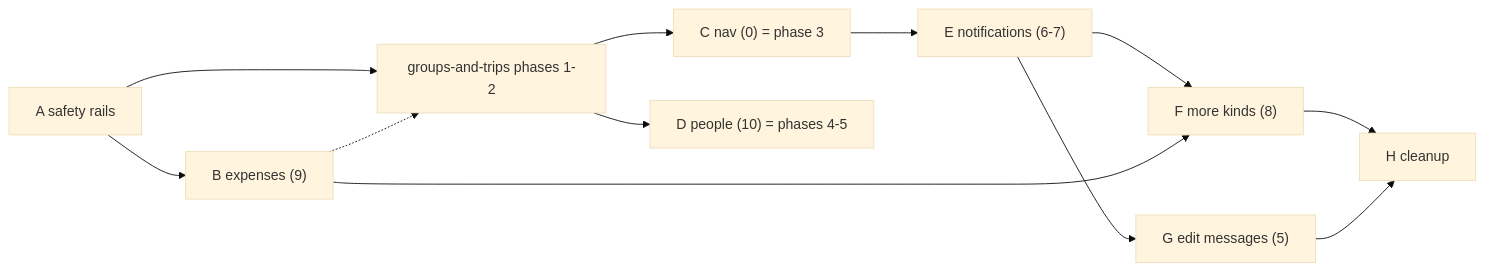
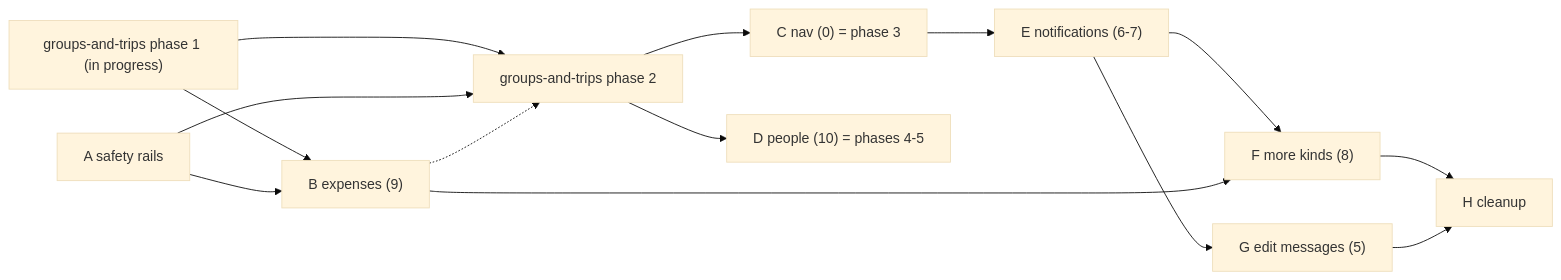
The third of 3 diagrams in docs/roadmap.md (idodjeen/camping), drawn with Mermaid (base theme) before and after one commit. The commit also changed other lines of this file, not shown here.

First line of the commit message:
Order expenses after groups-and-trips phase 1 in the roadmap [no-popup]

````diff
--- a/docs/roadmap.md
+++ b/docs/roadmap.md
@@ -633,14 +637,16 @@
 ```mermaid
 flowchart LR
-  A["A safety rails"] --> B["B expenses (9)"]
-  A --> P12["groups-and-trips phases 1-2"]
-  B -.-> P12
-  P12 --> C["C nav (0) = phase 3"]
-  P12 --> D["D people (10) = phases 4-5"]
+  P1["groups-and-trips phase 1 (in progress)"] --> B["B expenses (9)"]
+  A["A safety rails"] --> B
+  P1 --> P2["groups-and-trips phase 2"]
+  A --> P2
+  B -.-> P2
+  P2 --> C["C nav (0) = phase 3"]
+  P2 --> D["D people (10) = phases 4-5"]
   C --> E["E notifications (6-7)"]
   E --> F["F more kinds (8)"]
   B --> F
   E --> G["G edit messages (5)"]
   F --> H["H cleanup"]
   G --> H
 ```
````
